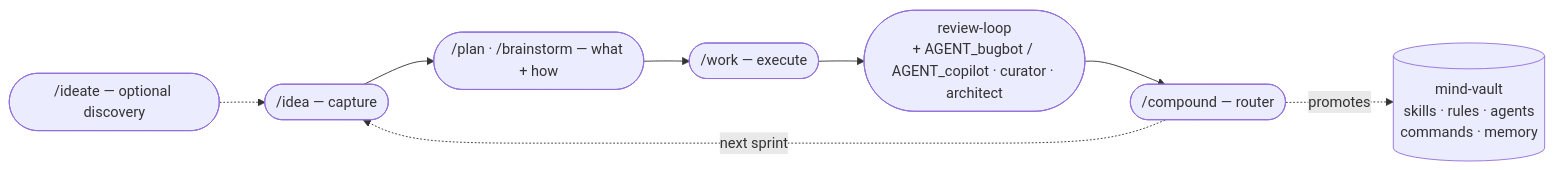
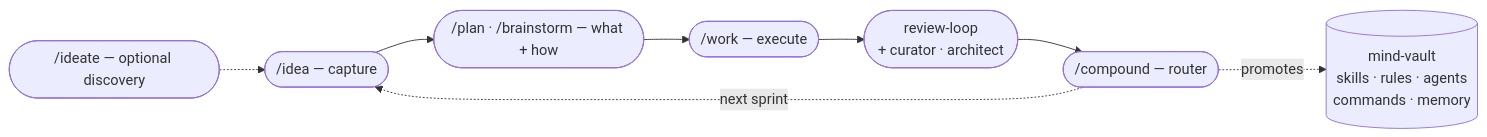
The diagram in docs/guides/SPRINT_WORKFLOW.md (infohata/mind-vault), drawn with Mermaid before and after one commit. The commit also changed other lines of this file and 29 other files, not shown here.

````diff
--- a/docs/guides/SPRINT_WORKFLOW.md
+++ b/docs/guides/SPRINT_WORKFLOW.md
@@ -5,10 +5,10 @@
 ```mermaid
 flowchart LR
     I0(["/ideate — optional discovery"]) -.-> I1
     I1(["/idea — capture"]) --> P
     P(["/plan · /brainstorm — what + how"]) --> W
     W(["/work — execute"]) --> R
-    R(["review-loop\n+ AGENT_bugbot / AGENT_copilot · curator · architect"]) --> C
+    R(["review-loop\n+ curator · architect"]) --> C
     C(["/compound — router"]) -.promotes.-> V[("mind-vault\nskills · rules · agents\ncommands · memory")]
     C -.next sprint.-> I1
 ```
````
